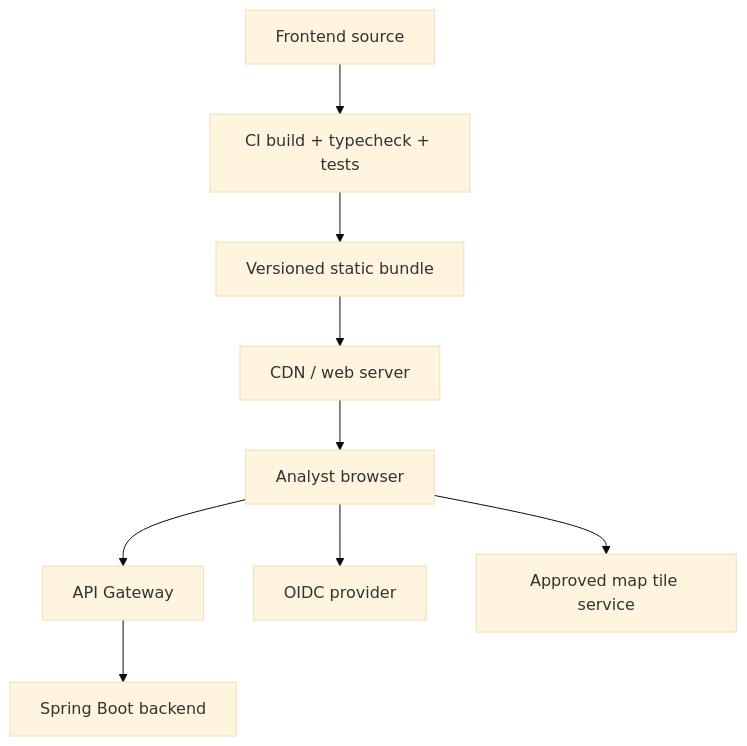
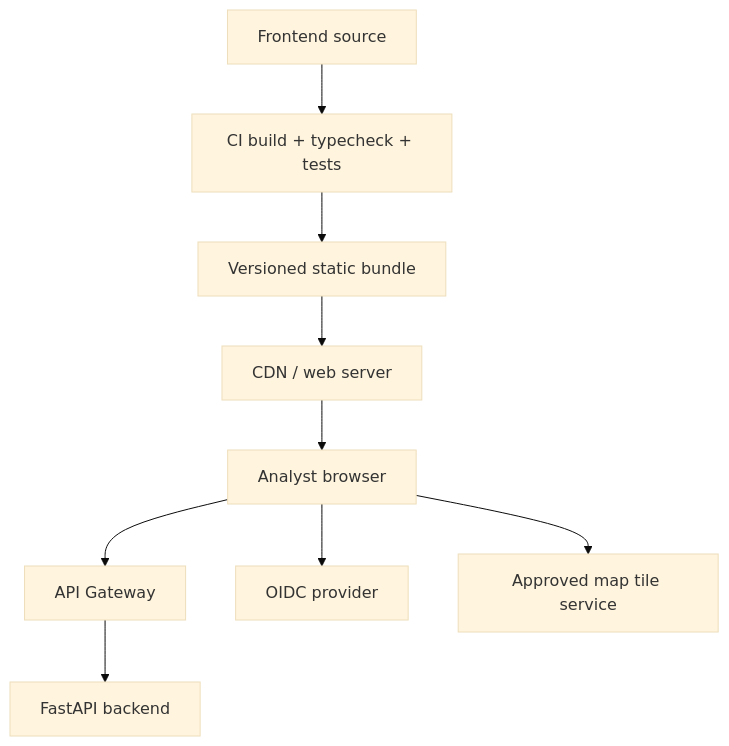
Diagram 24 of 25 in ai-ml-maritime-oil-spill-architecture.md (ankushkumar14092-dot/sih-architecture), drawn with Mermaid (base theme) before and after one commit. The commit also changed other lines of this file and 1 other file, not shown here.

Commit message:
Document FastAPI architecture and implementation plan

````diff
--- a/ai-ml-maritime-oil-spill-architecture.md
+++ b/ai-ml-maritime-oil-spill-architecture.md
@@ -1499,11 +1499,11 @@
 ```mermaid
 flowchart TB
     DEV["Frontend source"] --> BUILD["CI build + typecheck + tests"]
     BUILD --> BUNDLE["Versioned static bundle"]
     BUNDLE --> CDN["CDN / web server"]
     CDN --> BROWSER["Analyst browser"]
     BROWSER --> GATEWAY["API Gateway"]
-    GATEWAY --> BACKEND["Spring Boot backend"]
+    GATEWAY --> BACKEND["FastAPI backend"]
     BROWSER --> IDP["OIDC provider"]
     BROWSER --> MAPS["Approved map tile service"]
 ```
````
